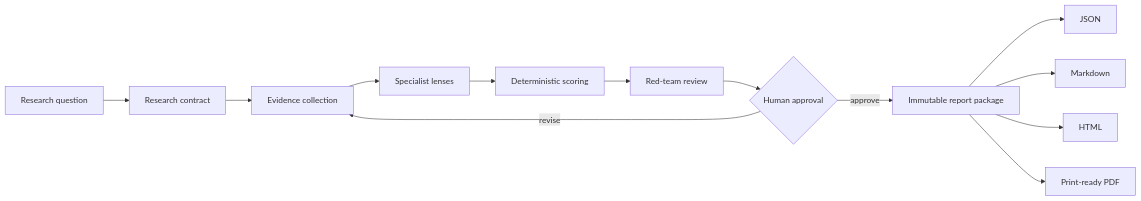
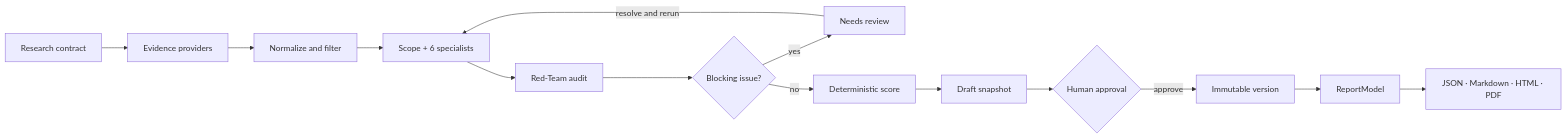
One commit to MapleQiAN/Fathomark changed the diagram in README.md. Above: the diagram before and after it, drawn with Mermaid. The commit also changed other lines of this file and 1 other file, not shown here.

````diff
--- a/README.md
+++ b/README.md
@@ -89,15 +77,16 @@
 ```mermaid
 flowchart LR
-    Q[Research question] --> C[Research contract]
-    C --> E[Evidence collection]
-    E --> L[Specialist lenses]
-    L --> S[Deterministic scoring]
-    S --> R[Red-team review]
-    R --> H{Human approval}
-    H -->|revise| E
-    H -->|approve| P[Immutable report package]
-    P --> J[JSON]
-    P --> M[Markdown]
-    P --> HT[HTML]
-    P --> PDF[Print-ready PDF]
+    Q[Research contract] --> P[Evidence providers]
+    P --> N[Normalize and filter]
+    N --> A[Scope + 6 specialists]
+    A --> R[Red-Team audit]
+    R --> G{Blocking issue?}
+    G -->|yes| NR[Needs review]
+    NR -->|resolve and rerun| A
+    G -->|no| S[Deterministic score]
+    S --> D[Draft snapshot]
+    D --> H{Human approval}
+    H -->|approve| V[Immutable version]
+    V --> RM[ReportModel]
+    RM --> O[JSON · Markdown · HTML · PDF]
 ```
````
